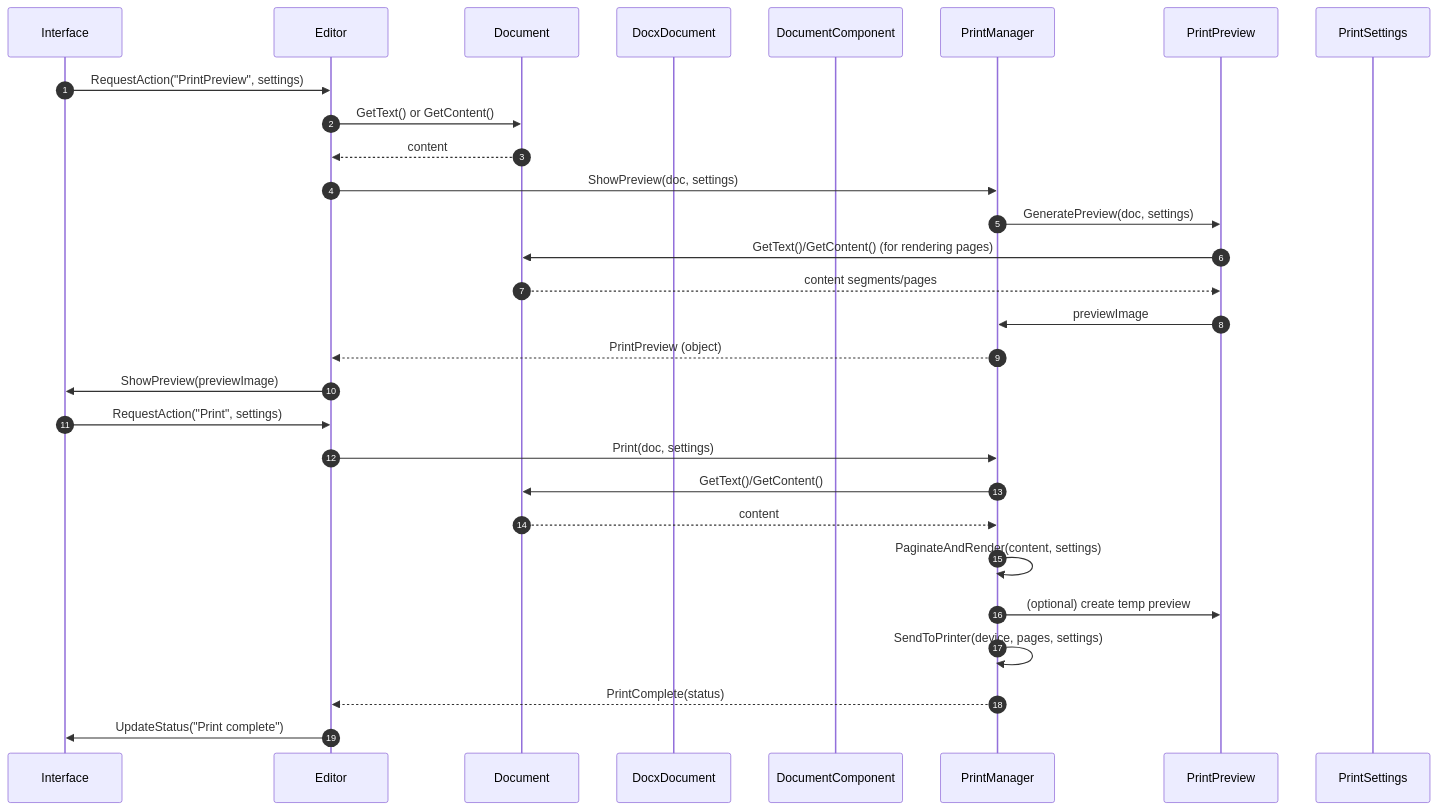
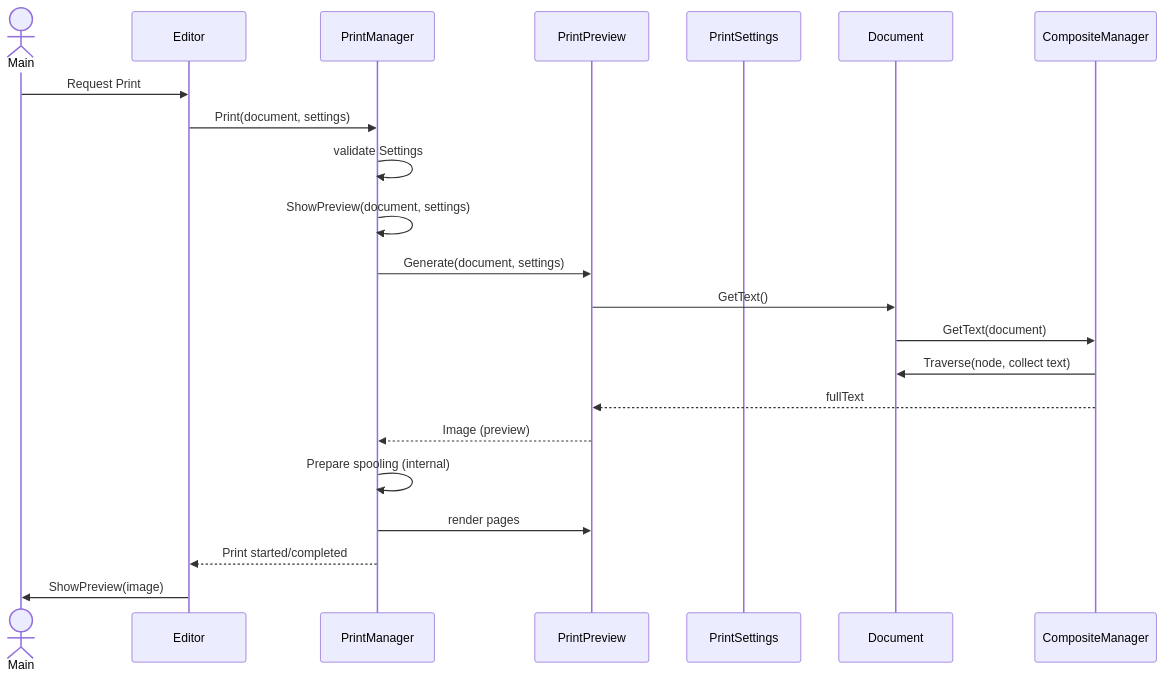
Before and after one commit to penamarth/bsbo-03-23_team6_var11_textedit: the diagram in Документация/Сценарии использования/03-Печать документа/Диаграмма последовательности Печать.md, drawn with Mermaid.

Commit message:
Update Диаграмма последовательности Печать.md

````diff
--- a/Документация/Сценарии использования/03-Печать документа/Диаграмма последовательности Печать.md
+++ b/Документация/Сценарии использования/03-Печать документа/Диаграмма последовательности Печать.md
@@ -2,35 +2,32 @@
 ```mermaid
 sequenceDiagram
-    autonumber
-    participant UI as Interface
-    participant ED as Editor
-    participant DOC as Document
-    participant BASE as DocxDocument
-    participant ROOT as DocumentComponent
-    participant PM as PrintManager
-    participant PREV as PrintPreview
-    participant PS as PrintSettings
+    actor Main
+    participant Editor
+    participant PrintManager
+    participant PrintPreview
+    participant PrintSettings
+    participant Document
+    participant CompositeManager
 
-    UI->>ED: RequestAction("PrintPreview", settings)
-    ED->>DOC: GetText() or GetContent()
-    DOC-->>ED: content
-    ED->>PM: ShowPreview(doc, settings)
-    PM->>PREV: GeneratePreview(doc, settings)
-    PREV->>DOC: GetText()/GetContent() (for rendering pages)
-    DOC-->>PREV: content segments/pages
-    PREV->>PM: previewImage
-    PM-->>ED: PrintPreview (object)
-    ED->>UI: ShowPreview(previewImage)
+    Main->>Editor: Request Print
+    Editor->>PrintManager: Print(document, settings)
 
-    UI->>ED: RequestAction("Print", settings)
-    ED->>PM: Print(doc, settings)
-    PM->>DOC: GetText()/GetContent()
-    DOC-->>PM: content
-    PM->>PM: PaginateAndRender(content, settings)
-    PM->>PREV: (optional) create temp preview
-    PM->>PM: SendToPrinter(device, pages, settings)
-    PM-->>ED: PrintComplete(status)
-    ED->>UI: UpdateStatus("Print complete")
+    PrintManager->>PrintManager: validate Settings
+    PrintManager->>PrintManager: ShowPreview(document, settings)
+
+    PrintManager->>PrintPreview: Generate(document, settings)
+    PrintPreview->>Document: GetText()
+    Document->>CompositeManager: GetText(document)
+    CompositeManager->>Document: Traverse(node, collect text)
+    CompositeManager-->>PrintPreview: fullText
+
+    PrintPreview-->>PrintManager: Image (preview)
+    PrintManager->>PrintManager: Prepare spooling (internal)
+    PrintManager->>PrintPreview: render pages
+    PrintManager-->>Editor: Print started/completed
+
+    Editor->>Main: ShowPreview(image)
+
 
 
 ```
````
